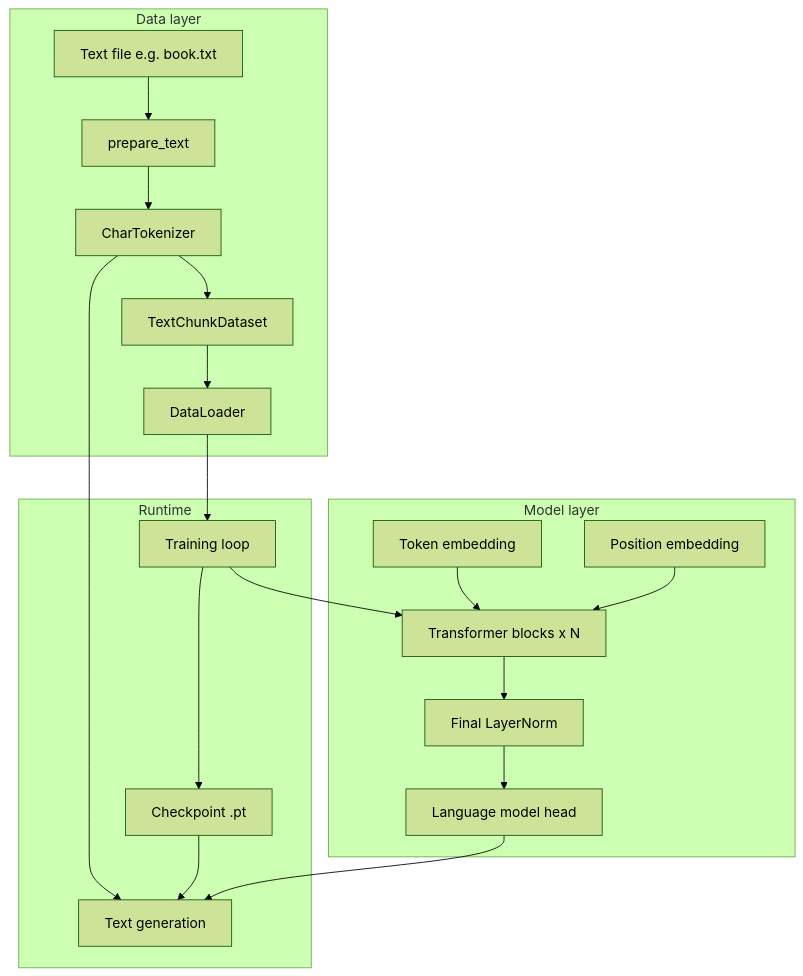
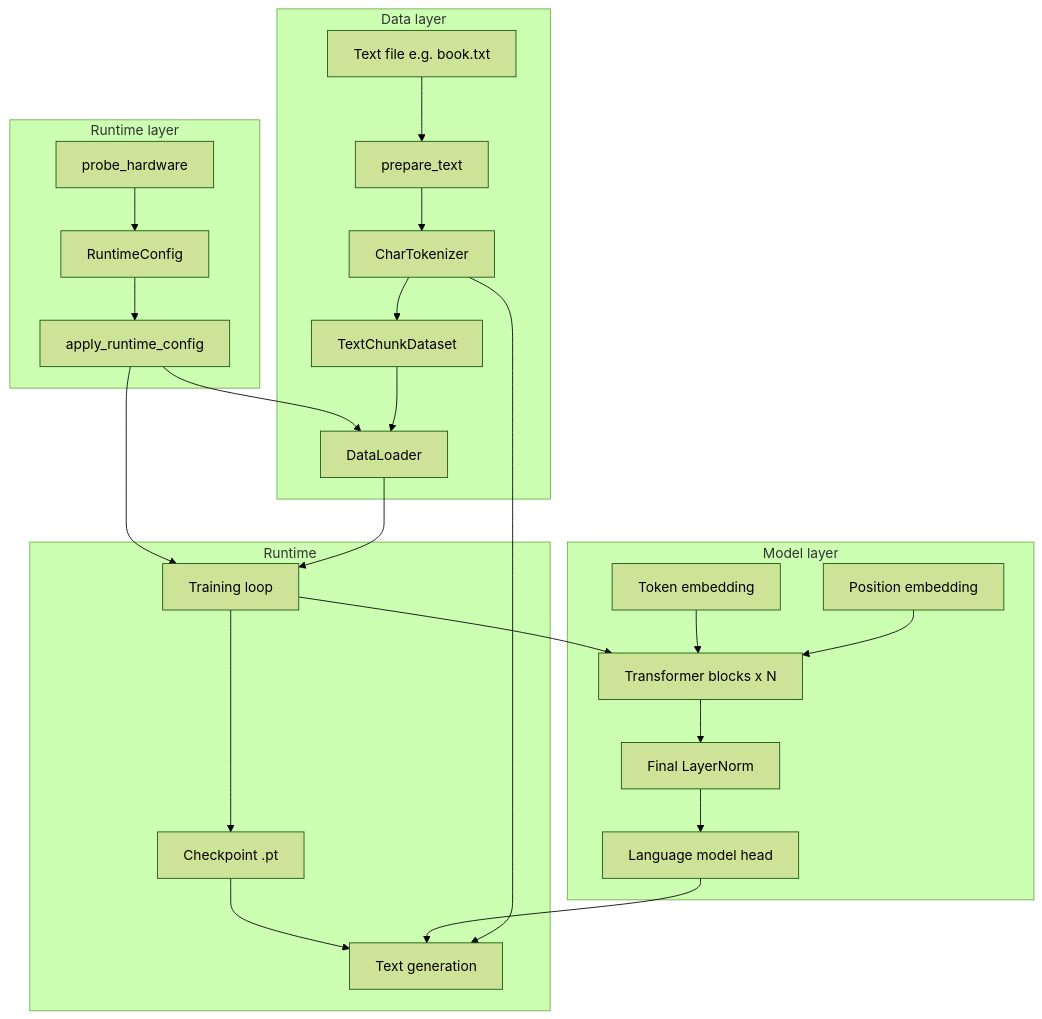
The first of 9 diagrams in README.md (shubham-agarwal-techculture/transformer-model), drawn with Mermaid (forest theme) before and after one commit. The commit also changed other lines of this file and 16 other files, not shown here.

````diff
--- a/README.md
+++ b/README.md
@@ -47,35 +48,44 @@
 ```mermaid
 flowchart TB
     subgraph dataLayer [Data layer]
         BookFile[Text file e.g. book.txt]
         Prepare[prepare_text]
         Tokenizer[CharTokenizer]
         Dataset[TextChunkDataset]
         DataLoader[DataLoader]
     end
 
     subgraph modelLayer [Model layer]
         TokenEmb[Token embedding]
         PosEmb[Position embedding]
         Blocks[Transformer blocks x N]
         LNF[Final LayerNorm]
         LMHead[Language model head]
     end
 
+    subgraph perfLayer [Runtime layer]
+        Probe[probe_hardware]
+        RuntimeCfg[RuntimeConfig]
+        Apply[apply_runtime_config]
+    end
+
     subgraph runtime [Runtime]
         TrainLoop[Training loop]
         Checkpoint[Checkpoint .pt]
         Generate[Text generation]
     end
 
+    Probe --> RuntimeCfg --> Apply
+    Apply --> DataLoader
+    Apply --> TrainLoop
     BookFile --> Prepare --> Tokenizer --> Dataset --> DataLoader
     DataLoader --> TrainLoop
     TrainLoop --> Blocks
     TokenEmb --> Blocks
     PosEmb --> Blocks
     Blocks --> LNF --> LMHead
     TrainLoop --> Checkpoint
     Checkpoint --> Generate
     LMHead --> Generate
     Tokenizer --> Generate
 ```
````
